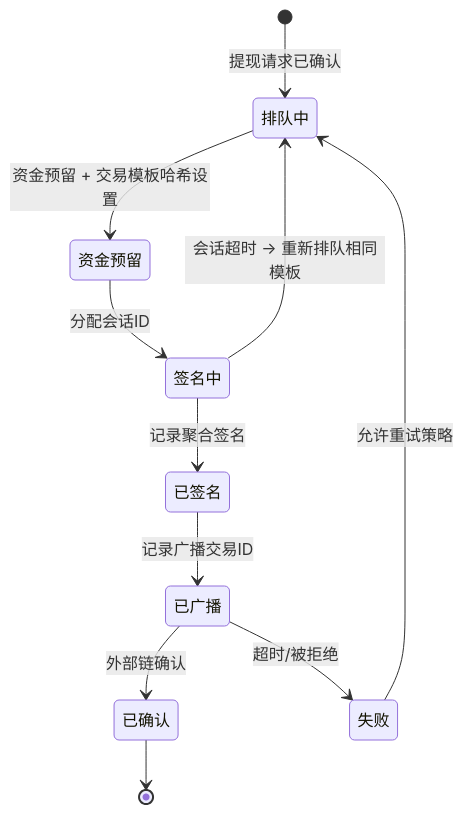
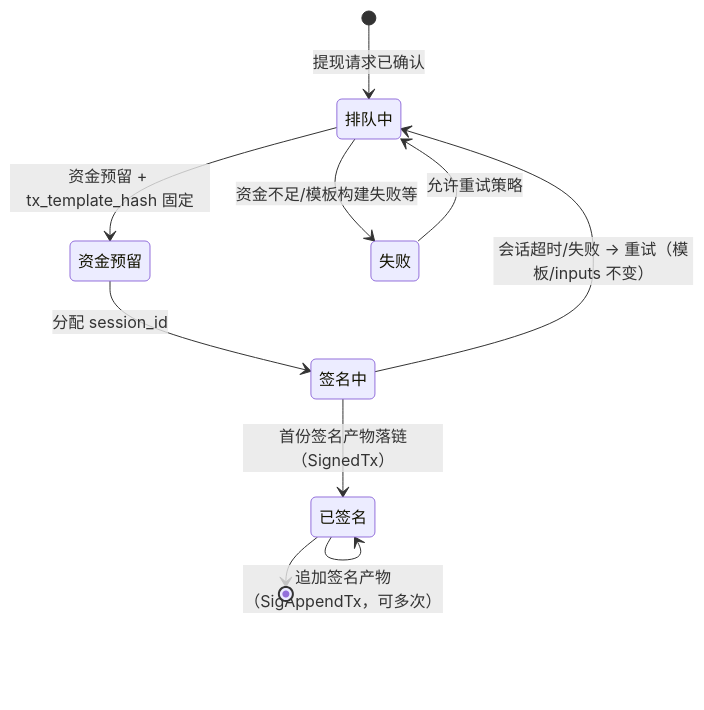
One commit to davidLeeeeeeeeeeee/dex changed the second of 4 diagrams in frost/design_v2.md. Above: the diagram before and after it, drawn with Mermaid. The commit also changed other lines of this file and 2 other files, not shown here.

````diff
--- a/frost/design_v2.md
+++ b/frost/design_v2.md
@@ -232,13 +236,13 @@
 ```mermaid
 stateDiagram-v2
   [*] --> 排队中: 提现请求已确认
-  排队中 --> 资金预留: 资金预留 + 交易模板哈希设置
-  资金预留 --> 签名中: 分配会话ID
-  签名中 --> 已签名: 记录聚合签名
-  已签名 --> 已广播: 记录广播交易ID
-  已广播 --> 已确认: 外部链确认
-  已广播 --> 失败: 超时/被拒绝
-  签名中 --> 排队中: 会话超时 -> 重新排队相同模板
+  排队中 --> 资金预留: 资金预留 + tx_template_hash 固定
+  资金预留 --> 签名中: 分配 session_id
+  签名中 --> 已签名: 首份签名产物落链（SignedTx）
+  已签名 --> 已签名: 追加签名产物（SigAppendTx，可多次）
+
+  签名中 --> 排队中: 会话超时/失败 -> 重试（模板/inputs 不变）
   失败 --> 排队中: 允许重试策略
-  已确认 --> [*]
+  排队中 --> 失败: 资金不足/模板构建失败等
+  已签名 --> [*]
 ```
````
